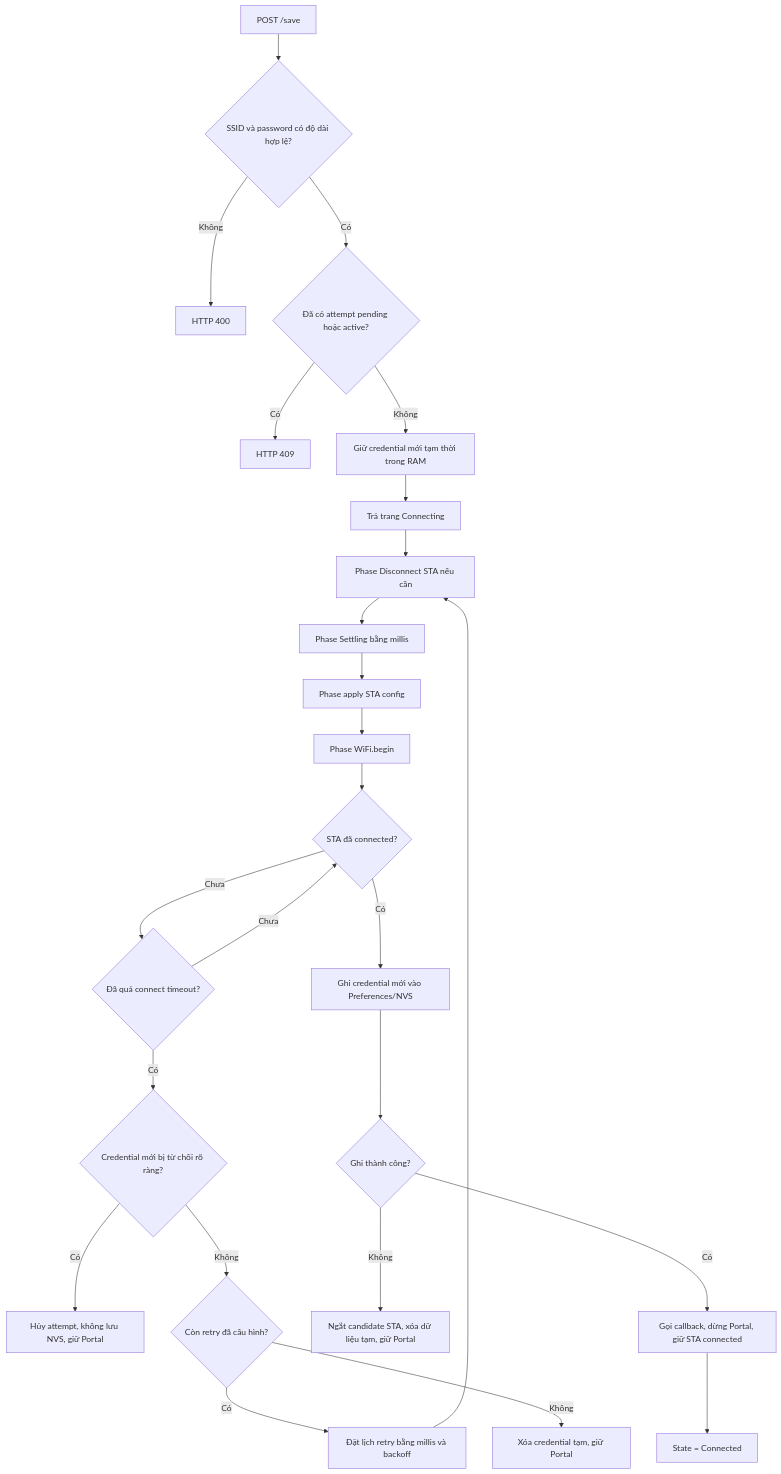
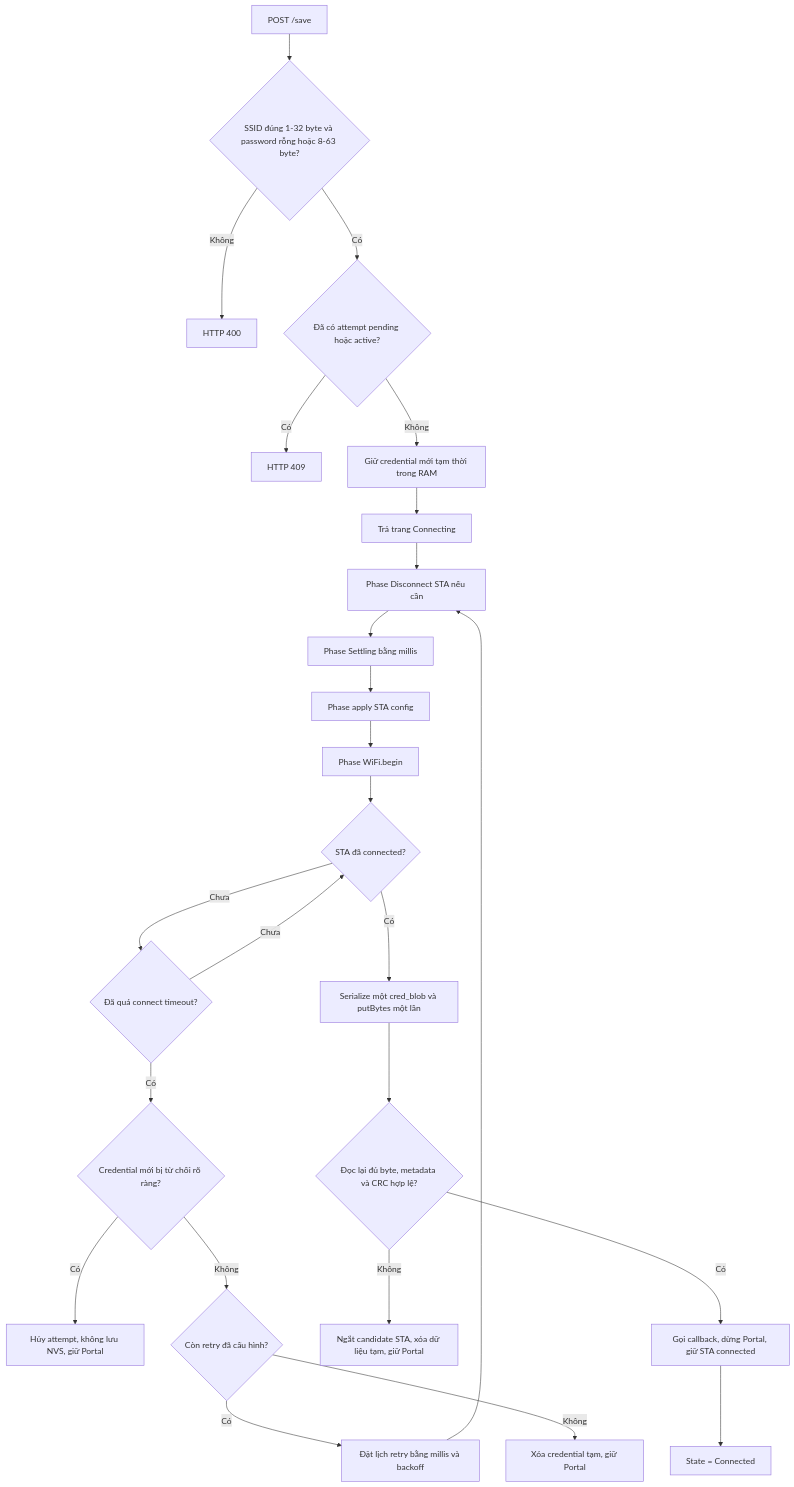
Before and after one commit to NguyenHien-8/ESP32WiFiPortal: the fifth of 8 diagrams in docs/FlowChart.md, drawn with Mermaid. The commit also changed other lines of this file and 24 other files, not shown here.

````diff
--- a/docs/FlowChart.md
+++ b/docs/FlowChart.md
@@ -120,27 +128,27 @@
 ```mermaid
 flowchart TD
-    A[POST /save] --> B{SSID và password có độ dài hợp lệ?}
+    A[POST /save] --> B{SSID đúng 1-32 byte và password rỗng hoặc 8-63 byte?}
     B -- Không --> C[HTTP 400]
     B -- Có --> D{Đã có attempt pending hoặc active?}
     D -- Có --> E[HTTP 409]
     D -- Không --> F[Giữ credential mới tạm thời trong RAM]
     F --> G[Trả trang Connecting]
     G --> H[Phase Disconnect STA nếu cần]
     H --> U[Phase Settling bằng millis]
     U --> V[Phase apply STA config]
     V --> W[Phase WiFi.begin]
     W --> I{STA đã connected?}
     I -- Chưa --> J{Đã quá connect timeout?}
     J -- Chưa --> I
     J -- Có --> K{Credential mới bị từ chối rõ ràng?}
     K -- Có --> L[Hủy attempt, không lưu NVS, giữ Portal]
     K -- Không --> R{Còn retry đã cấu hình?}
     R -- Có --> S[Đặt lịch retry bằng millis và backoff]
     S --> H
     R -- Không --> T[Xóa credential tạm, giữ Portal]
-    I -- Có --> M[Ghi credential mới vào Preferences/NVS]
-    M --> N{Ghi thành công?}
+    I -- Có --> M[Serialize một cred_blob và putBytes một lần]
+    M --> N{Đọc lại đủ byte, metadata và CRC hợp lệ?}
     N -- Không --> O[Ngắt candidate STA, xóa dữ liệu tạm, giữ Portal]
     N -- Có --> P[Gọi callback, dừng Portal, giữ STA connected]
     P --> Q[State = Connected]
 ```
````
